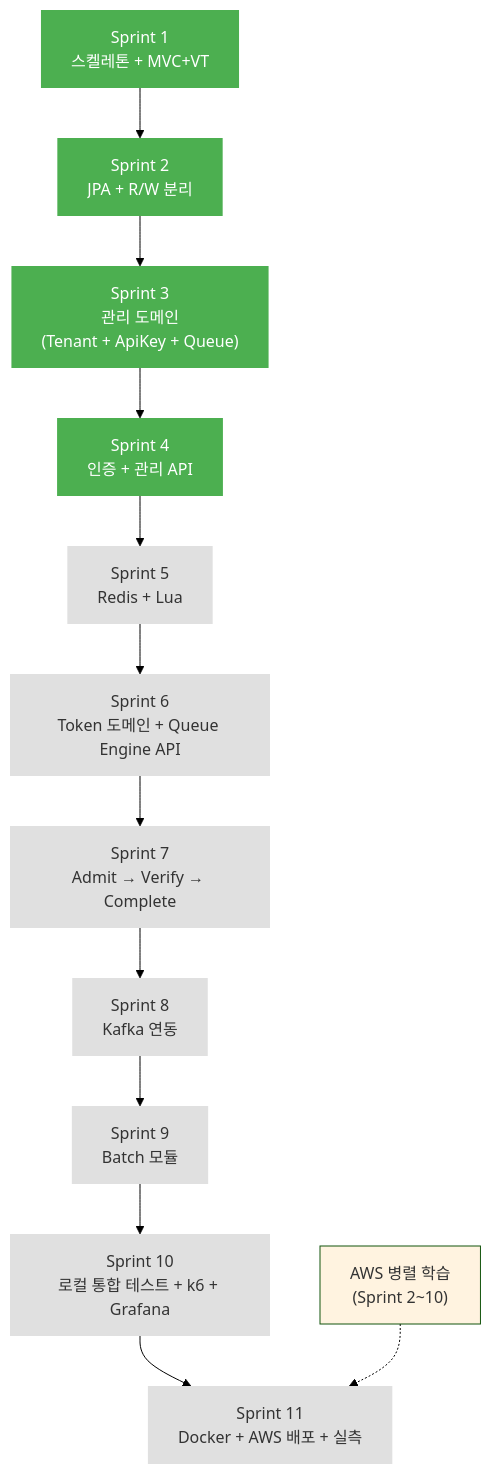
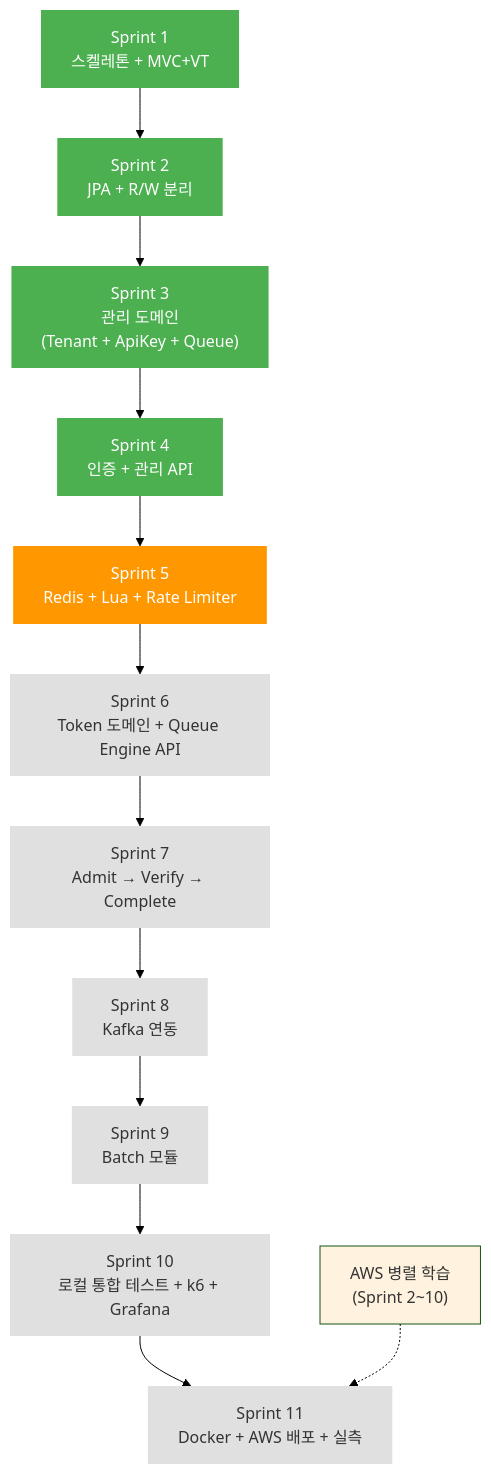
One commit to S-Onix/queue-platform changed the diagram in doc/ROADMAP.md. Above: the diagram before and after it, drawn with Mermaid (forest theme). The commit also changed other lines of this file and 3 other files, not shown here.

Commit message:
doc: documentation update(rate limiter select reason add)

````diff
--- a/doc/ROADMAP.md
+++ b/doc/ROADMAP.md
@@ -61,26 +61,28 @@
 ```mermaid
 flowchart TD
     S1["Sprint 1<br/>스켈레톤 + MVC+VT"]
     S2["Sprint 2<br/>JPA + R/W 분리"]
     S3["Sprint 3<br/>관리 도메인<br/>(Tenant + ApiKey + Queue)"]
     S4["Sprint 4<br/>인증 + 관리 API"]
-    S5["Sprint 5<br/>Redis + Lua"]
+    S5["Sprint 5<br/>Redis + Lua + Rate Limiter"]
     S6["Sprint 6<br/>Token 도메인 + Queue Engine API"]
     S7["Sprint 7<br/>Admit → Verify → Complete"]
     S8["Sprint 8<br/>Kafka 연동"]
     S9["Sprint 9<br/>Batch 모듈"]
     S10["Sprint 10<br/>로컬 통합 테스트 + k6 + Grafana"]
     S11["Sprint 11<br/>Docker + AWS 배포 + 실측"]
 
     S1 --> S2 --> S3 --> S4 --> S5 --> S6 --> S7 --> S8 --> S9 --> S10 --> S11
 
     AWS["AWS 병렬 학습<br/>(Sprint 2~10)"]
     AWS -.-> S11
 
     classDef done fill:#4caf50,color:#fff,stroke-width:0px
+    classDef inprogress fill:#ff9800,color:#fff,stroke-width:0px
     classDef todo fill:#e0e0e0,color:#333,stroke-width:0px
     classDef learn fill:#fff3e0,color:#333,stroke-width:1px
     class S1,S2,S3,S4 done
-    class S5,S6,S7,S8,S9,S10,S11 todo
+    class S5 inprogress
+    class S6,S7,S8,S9,S10,S11 todo
     class AWS learn
 ```
````
